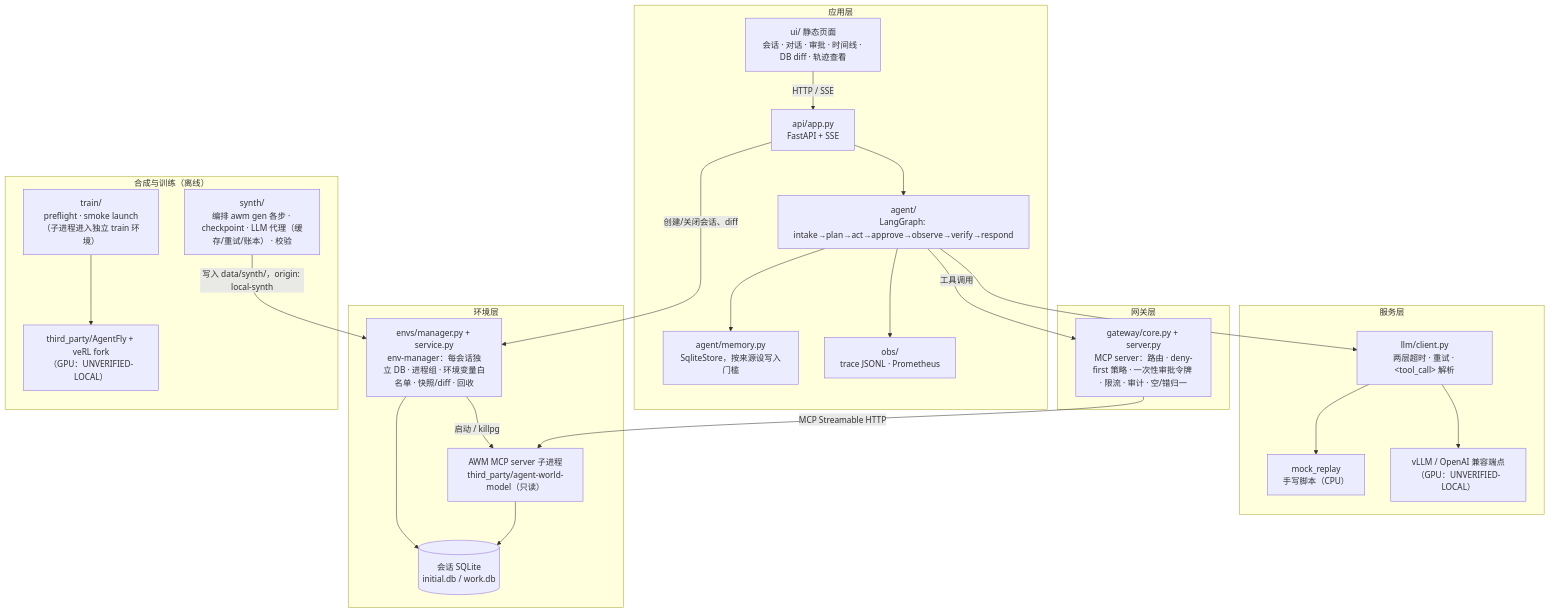
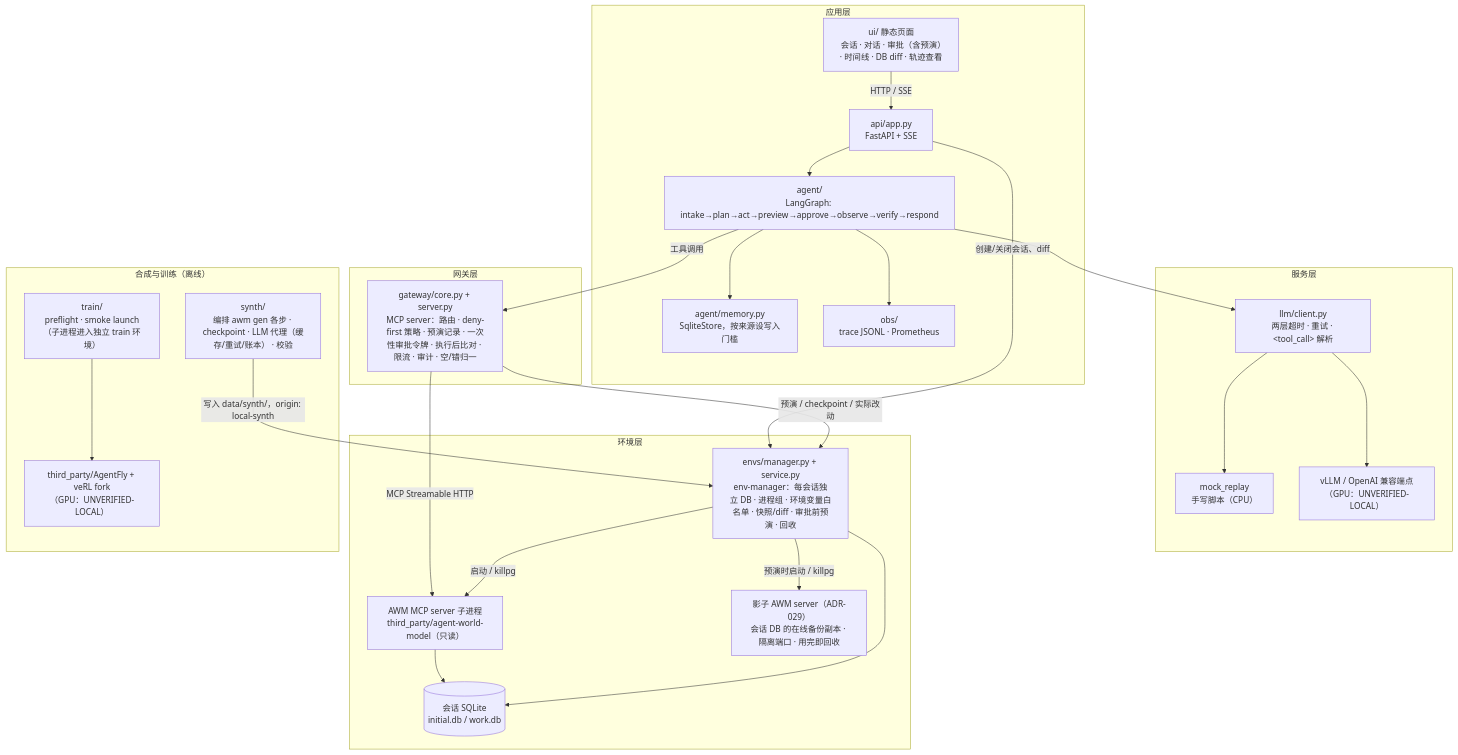
Before and after one commit to INF-NAN/BizAgent: the first of 3 diagrams in docs/ARCHITECTURE.md, drawn with Mermaid. The commit also changed other lines of this file and 3 other files, not shown here.

Commit message:
docs: describe approval previews in the architecture and walkthrough

````diff
--- a/docs/ARCHITECTURE.md
+++ b/docs/ARCHITECTURE.md
@@ -7,42 +7,45 @@
 ```mermaid
 flowchart TB
   subgraph APP["应用层"]
-    UI["ui/ 静态页面<br/>会话 · 对话 · 审批 · 时间线 · DB diff · 轨迹查看"]
+    UI["ui/ 静态页面<br/>会话 · 对话 · 审批（含预演）· 时间线 · DB diff · 轨迹查看"]
     API["api/app.py<br/>FastAPI + SSE"]
-    AGENT["agent/<br/>LangGraph: intake→plan→act→approve→observe→verify→respond"]
+    AGENT["agent/<br/>LangGraph: intake→plan→act→preview→approve→observe→verify→respond"]
     MEM["agent/memory.py<br/>SqliteStore，按来源设写入门槛"]
     OBS["obs/<br/>trace JSONL · Prometheus"]
   end
   subgraph SERVE["服务层"]
     LLM["llm/client.py<br/>两层超时 · 重试 · &lt;tool_call&gt; 解析"]
     MOCK["mock_replay<br/>手写脚本（CPU）"]
     VLLM["vLLM / OpenAI 兼容端点<br/>（GPU：UNVERIFIED-LOCAL）"]
   end
   subgraph GW["网关层"]
-    GATE["gateway/core.py + server.py<br/>MCP server：路由 · deny-first 策略 · 一次性审批令牌 · 限流 · 审计 · 空/错归一"]
+    GATE["gateway/core.py + server.py<br/>MCP server：路由 · deny-first 策略 · 预演记录 · 一次性审批令牌 · 执行后比对 · 限流 · 审计 · 空/错归一"]
   end
   subgraph ENV["环境层"]
-    MGR["envs/manager.py + service.py<br/>env-manager：每会话独立 DB · 进程组 · 环境变量白名单 · 快照/diff · 回收"]
+    MGR["envs/manager.py + service.py<br/>env-manager：每会话独立 DB · 进程组 · 环境变量白名单 · 快照/diff · 审批前预演 · 回收"]
     AWMSRV["AWM MCP server 子进程<br/>third_party/agent-world-model（只读）"]
     DB[("会话 SQLite<br/>initial.db / work.db")]
+    SHADOW["影子 AWM server（ADR-029）<br/>会话 DB 的在线备份副本 · 隔离端口 · 用完即回收"]
   end
   subgraph OFF["合成与训练（离线）"]
     SYN["synth/<br/>编排 awm gen 各步 · checkpoint · LLM 代理（缓存/重试/账本） · 校验"]
     TRAIN["train/<br/>preflight · smoke launch（子进程进入独立 train 环境）"]
     AF["third_party/AgentFly + veRL fork<br/>（GPU：UNVERIFIED-LOCAL）"]
   end
 
   UI -->|HTTP / SSE| API --> AGENT
   AGENT --> MEM
   AGENT --> OBS
   AGENT --> LLM
   LLM --> MOCK
   LLM --> VLLM
   AGENT -->|工具调用| GATE
   GATE -->|MCP Streamable HTTP| AWMSRV --> DB
   API -->|创建/关闭会话、diff| MGR
   MGR -->|启动 / killpg| AWMSRV
   MGR --> DB
+  GATE -->|预演 / checkpoint / 实际改动| MGR
+  MGR -->|预演时启动 / killpg| SHADOW
   SYN -->|写入 data/synth/，origin: local-synth| MGR
   TRAIN --> AF
 ```
````
